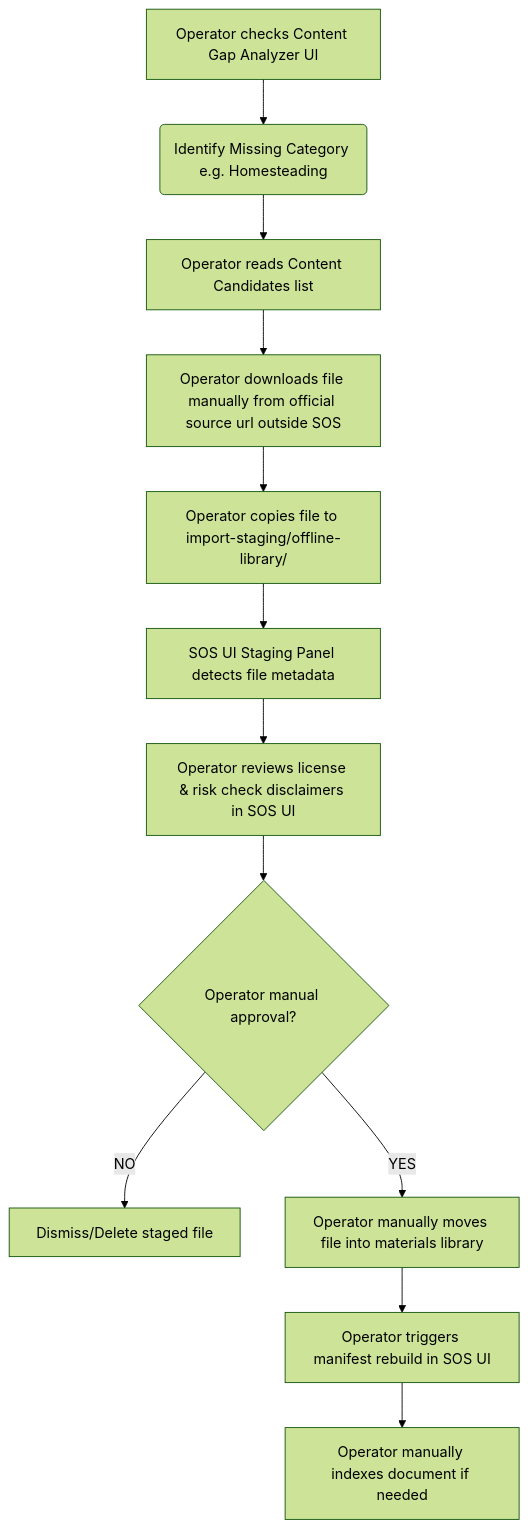
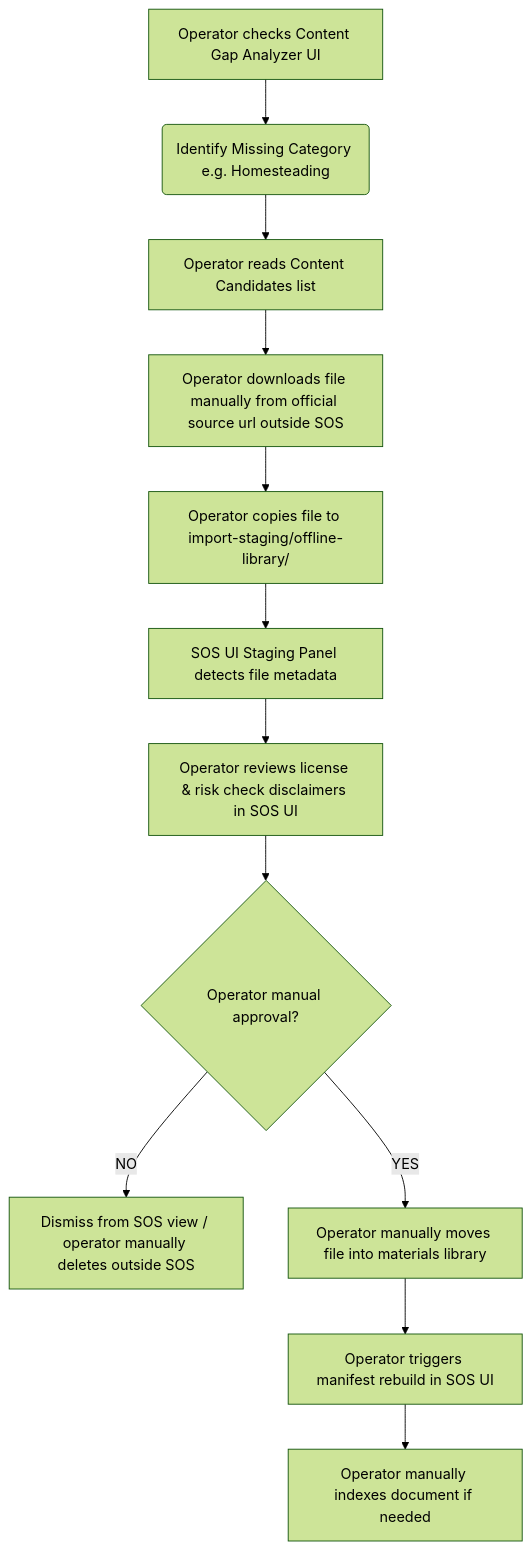
The diagram in docs/phase-12-manual-import-workflow.md (Sparksy92/SOS), drawn with Mermaid (forest theme) before and after one commit. The commit also changed other lines of this file and 2 other files, not shown here.

Commit message:
Harden Phase 12 design safety clarifications

````diff
--- a/docs/phase-12-manual-import-workflow.md
+++ b/docs/phase-12-manual-import-workflow.md
@@ -13,14 +13,14 @@
 ```mermaid
 graph TD
     A[Operator checks Content Gap Analyzer UI] --> B(Identify Missing Category e.g. Homesteading)
     B --> C[Operator reads Content Candidates list]
     C --> D[Operator downloads file manually from official source url outside SOS]
     D --> E[Operator copies file to import-staging/offline-library/]
     E --> F[SOS UI Staging Panel detects file metadata]
     F --> G[Operator reviews license & risk check disclaimers in SOS UI]
     G --> H{Operator manual approval?}
-    H -- NO --> I[Dismiss/Delete staged file]
+    H -- NO --> I[Dismiss from SOS view / operator manually deletes outside SOS]
     H -- YES --> J[Operator manually moves file into materials library]
     J --> K[Operator triggers manifest rebuild in SOS UI]
     K --> L[Operator manually indexes document if needed]
 ```
````
